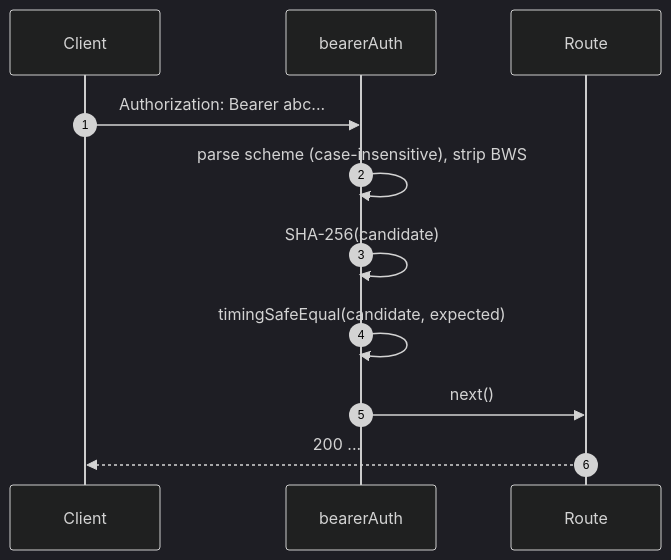
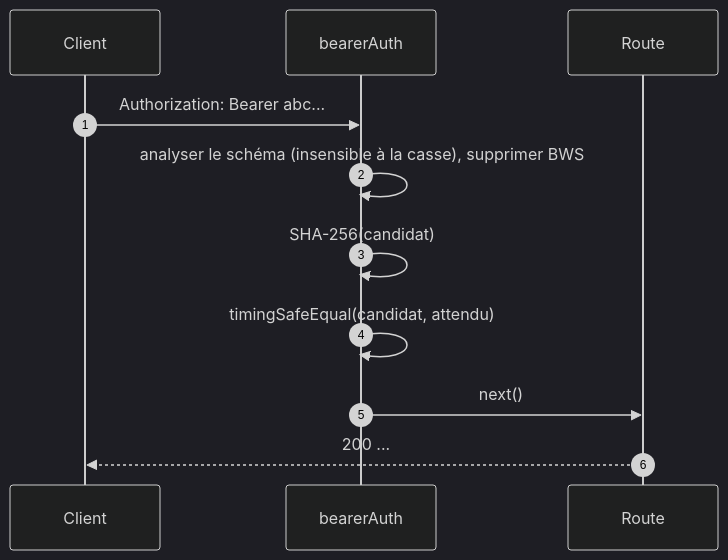
Before and after one commit to QwenLM/qwen-code-docs: the second of 4 diagrams in website/content/fr/developers/daemon/12-auth-security.md, drawn with Mermaid (dark theme). The commit also changed other lines of this file and 1077 other files, not shown here.

````diff
--- a/website/content/fr/developers/daemon/12-auth-security.md
+++ b/website/content/fr/developers/daemon/12-auth-security.md
@@ -187,14 +205,14 @@
 ```mermaid
 sequenceDiagram
     autonumber
     participant C as Client
     participant BA as bearerAuth
     participant R as Route
 
     C->>BA: Authorization: Bearer abc...
-    BA->>BA: parse scheme (case-insensitive), strip BWS
-    BA->>BA: SHA-256(candidate)
-    BA->>BA: timingSafeEqual(candidate, expected)
+    BA->>BA: analyser le schéma (insensible à la casse), supprimer BWS
+    BA->>BA: SHA-256(candidat)
+    BA->>BA: timingSafeEqual(candidat, attendu)
     BA->>R: next()
     R-->>C: 200 ...
 ```
````
